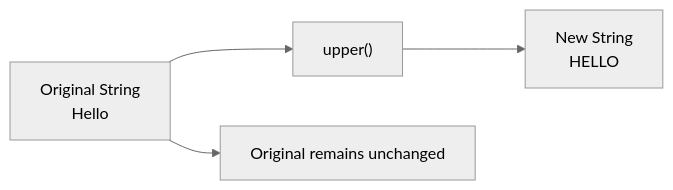
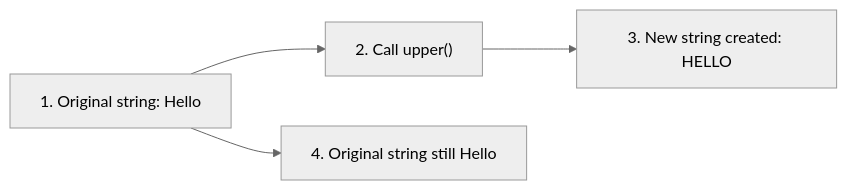
One commit to ag999git/001-mkdocs changed the third of 18 diagrams in docs/17-strings/080-ch17-conceptual-qa.md. Above: the diagram before and after it, drawn with Mermaid (neutral theme). The commit also changed other lines of this file, not shown here.

````diff
--- a/docs/17-strings/080-ch17-conceptual-qa.md
+++ b/docs/17-strings/080-ch17-conceptual-qa.md
@@ -402,9 +847,6 @@
 ```mermaid
 flowchart LR
-
-A["Original String<br/>Hello"] --> B["upper()"]
-
-B --> C["New String<br/>HELLO"]
-
-A --> D["Original remains unchanged"]
+    A["1. Original string: Hello"] --> B["2. Call upper()"]
+    B --> C["3. New string created: HELLO"]
+    A --> D["4. Original string still Hello"]
 ```
````
